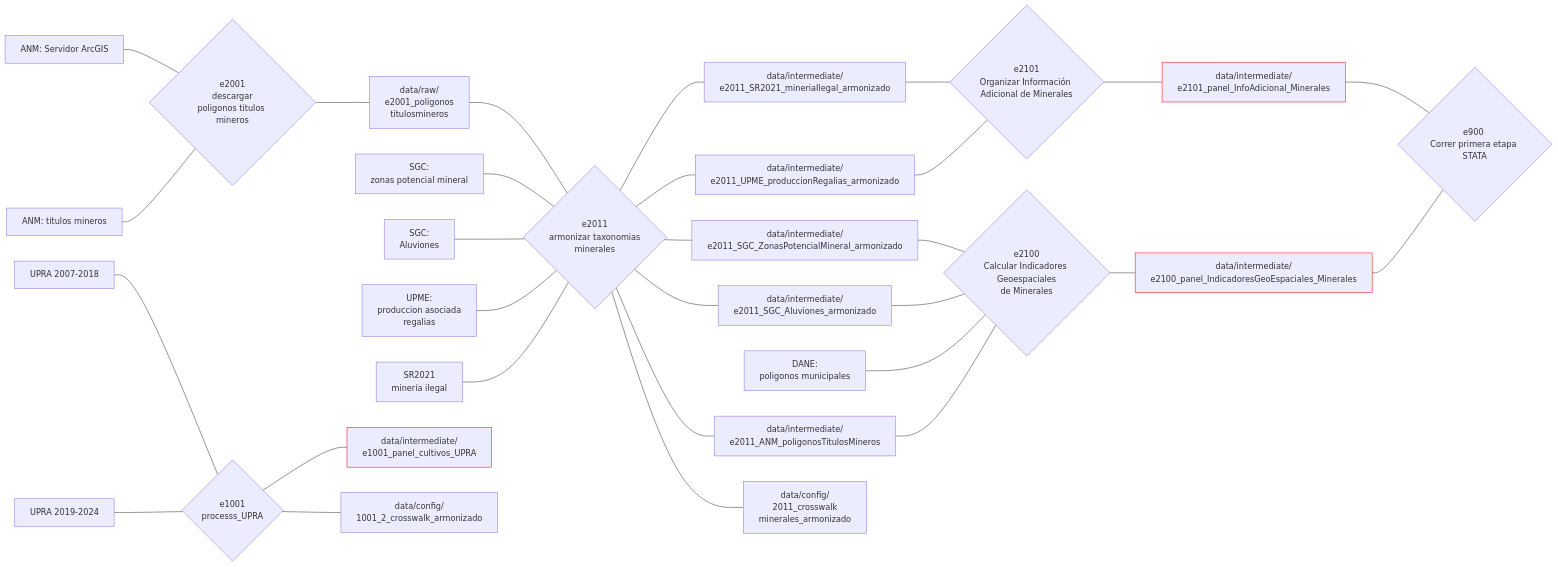
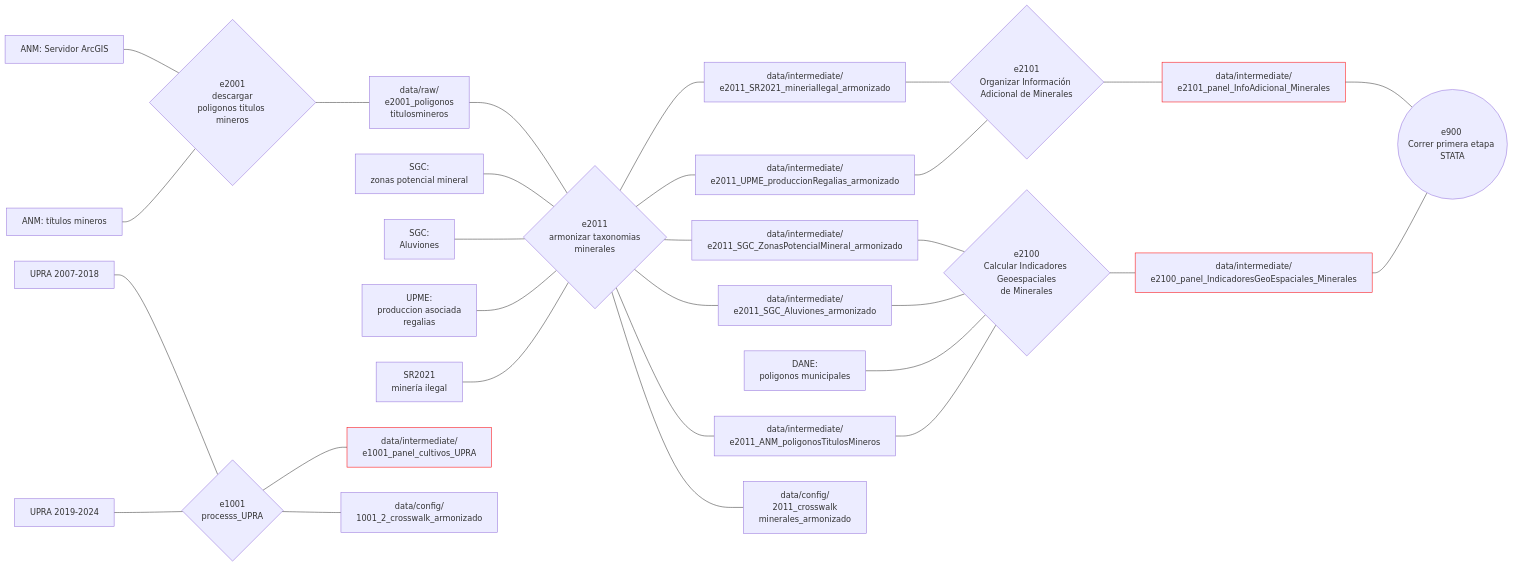
One commit to JC-AlfonsoR/PEG-mining-agriculture changed the diagram in README.md. Above: the diagram before and after it, drawn with Mermaid. The commit also changed other lines of this file and 1 other file, not shown here.

Commit message:
Completar procesamiento de minería ilegal SR2021

```diff
--- a/README.md
+++ b/README.md
@@ -71,8 +72,8 @@
 de Minerales}
 e2101_organizar_informacionAdicional_minerales{e2101
 Organizar Información Adicional de Minerales}
-e900_correr_primera_etapa{e900 
-Correr primera etapa STATA}
+e900_correr_primera_etapa((e900 
+Correr primera etapa STATA))
 
 %% conexiones
 
```
